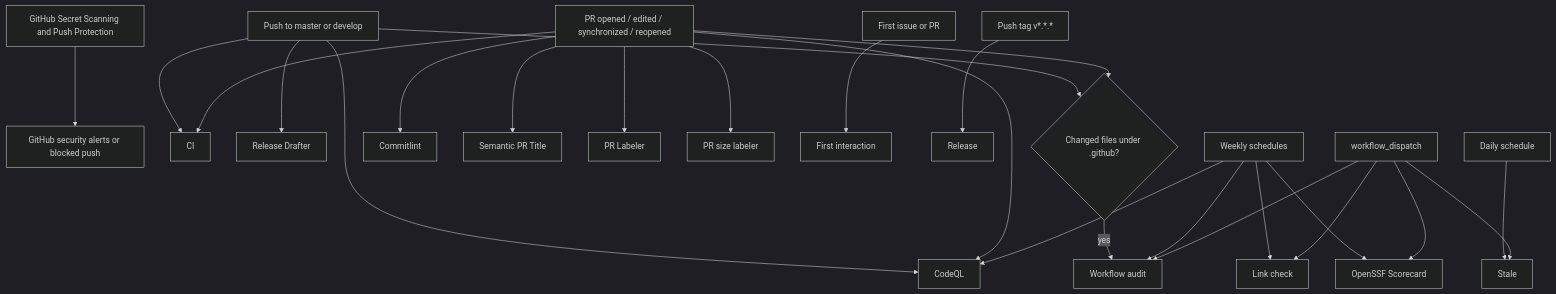
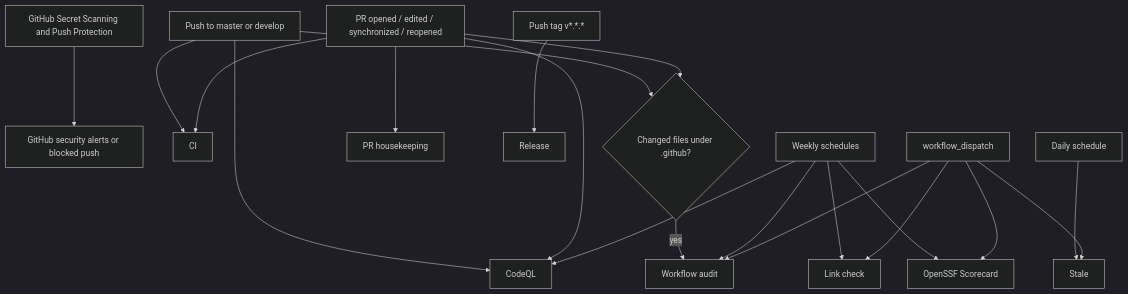
The first of 5 diagrams in WORKFLOWS.md (jooservices/dto), drawn with Mermaid (dark theme) before and after one commit. The commit also changed other lines of this file and 7 other files, not shown here.

````diff
--- a/WORKFLOWS.md
+++ b/WORKFLOWS.md
@@ -10,34 +10,28 @@
 ```mermaid
 flowchart TD
     native[GitHub Secret Scanning and Push Protection] --> Alerts[GitHub security alerts or blocked push]
 
     push[Push to master or develop] --> CI[CI]
     push --> CodeQL[CodeQL]
-    push --> Drafter[Release Drafter]
     push --> Audit{Changed files under .github?}
     Audit -->|yes| WorkflowAudit[Workflow audit]
 
     pr[PR opened / edited / synchronized / reopened] --> CI
     pr --> CodeQL
-    pr --> Commitlint[Commitlint]
-    pr --> Semantic[Semantic PR Title]
-    pr --> PathLabel[PR Labeler]
-    pr --> SizeLabel[PR size labeler]
+    pr --> Housekeeping[PR housekeeping]
     pr --> Audit
-
-    first[First issue or PR] --> Welcome[First interaction]
 
     tag[Push tag v*.*.*] --> Release[Release]
 
     weekly[Weekly schedules] --> CodeQL
     weekly --> LinkCheck[Link check]
     weekly --> Scorecard[OpenSSF Scorecard]
     weekly --> WorkflowAudit
 
     daily[Daily schedule] --> Stale[Stale]
 
     manual[workflow_dispatch] --> LinkCheck
     manual --> Scorecard
     manual --> Stale
     manual --> WorkflowAudit
 ```
````
